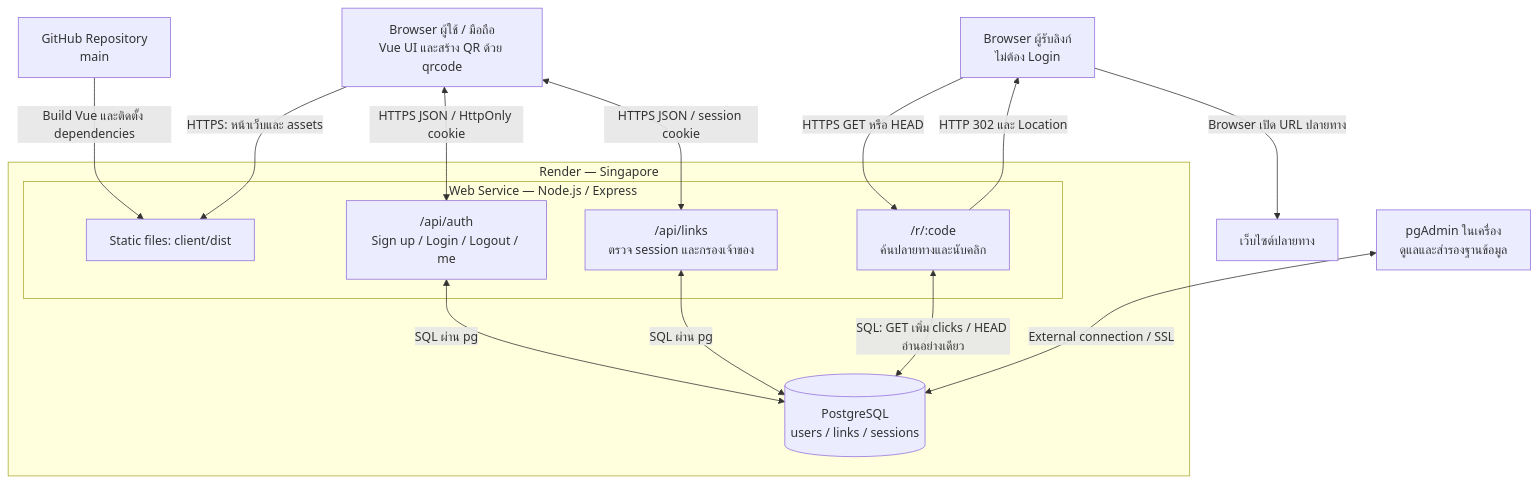
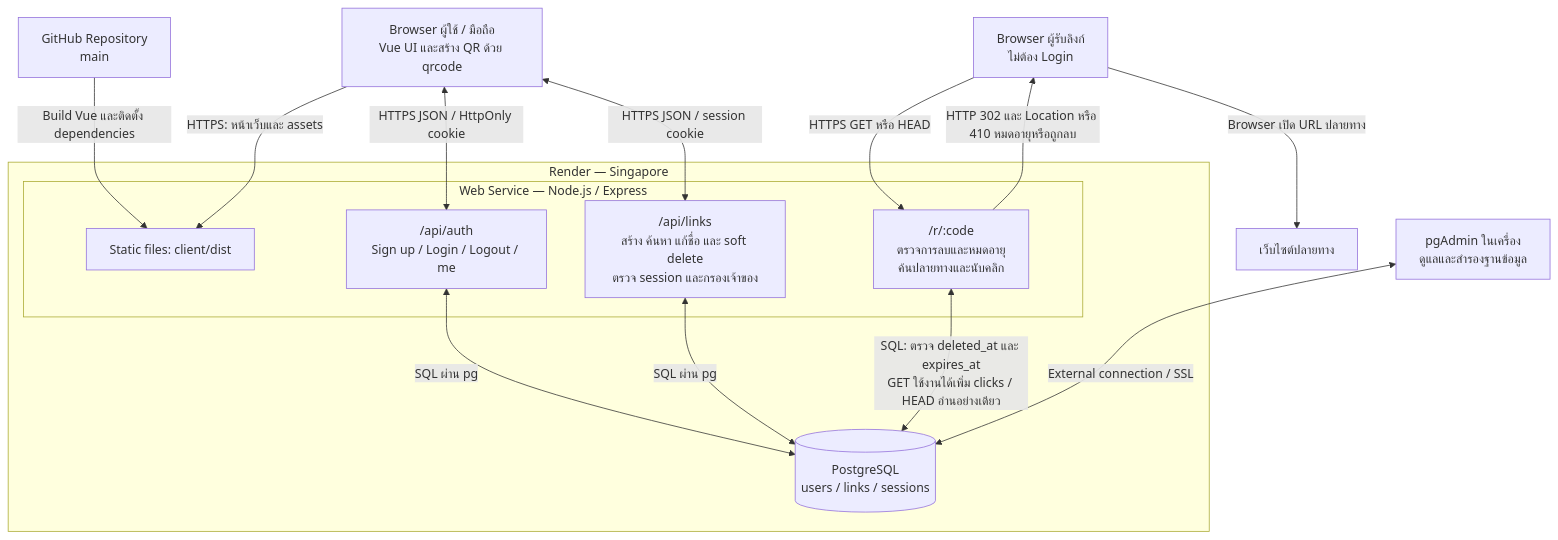
Before and after one commit to Nawaphon05/Short-Url: the diagram in docs/ARCHITECTURE.md, drawn with Mermaid. The commit also changed other lines of this file and 21 other files, not shown here.

````diff
--- a/docs/ARCHITECTURE.md
+++ b/docs/ARCHITECTURE.md
@@ -9,28 +11,28 @@
 ```mermaid
 flowchart TB
     B["Browser ผู้ใช้ / มือถือ<br/>Vue UI และสร้าง QR ด้วย qrcode"]
     V["Browser ผู้รับลิงก์<br/>ไม่ต้อง Login"]
     G["GitHub Repository<br/>main"]
     subgraph Render["Render — Singapore"]
         subgraph Web["Web Service — Node.js / Express"]
             Static["Static files: client/dist"]
             Auth["/api/auth<br/>Sign up / Login / Logout / me"]
-            Links["/api/links<br/>ตรวจ session และกรองเจ้าของ"]
-            Redirect["/r/:code<br/>ค้นปลายทางและนับคลิก"]
+            Links["/api/links<br/>สร้าง ค้นหา แก้ชื่อ และ soft delete<br/>ตรวจ session และกรองเจ้าของ"]
+            Redirect["/r/:code<br/>ตรวจการลบและหมดอายุ<br/>ค้นปลายทางและนับคลิก"]
         end
         DB[("PostgreSQL<br/>users / links / sessions")]
     end
     Target["เว็บไซต์ปลายทาง"]
     Admin["pgAdmin ในเครื่อง<br/>ดูแลและสำรองฐานข้อมูล"]
     G -->|"Build Vue และติดตั้ง dependencies"| Static
     B -->|"HTTPS: หน้าเว็บและ assets"| Static
     B <-->|"HTTPS JSON / HttpOnly cookie"| Auth
     B <-->|"HTTPS JSON / session cookie"| Links
     Auth <-->|"SQL ผ่าน pg"| DB
     Links <-->|"SQL ผ่าน pg"| DB
     V -->|"HTTPS GET หรือ HEAD"| Redirect
-    Redirect <-->|"SQL: GET เพิ่ม clicks / HEAD อ่านอย่างเดียว"| DB
-    Redirect -->|"HTTP 302 และ Location"| V
+    Redirect <-->|"SQL: ตรวจ deleted_at และ expires_at<br/>GET ใช้งานได้เพิ่ม clicks / HEAD อ่านอย่างเดียว"| DB
+    Redirect -->|"HTTP 302 และ Location หรือ 410 หมดอายุหรือถูกลบ"| V
     V -->|"Browser เปิด URL ปลายทาง"| Target
     Admin <-->|"External connection / SSL"| DB
 ```
````
